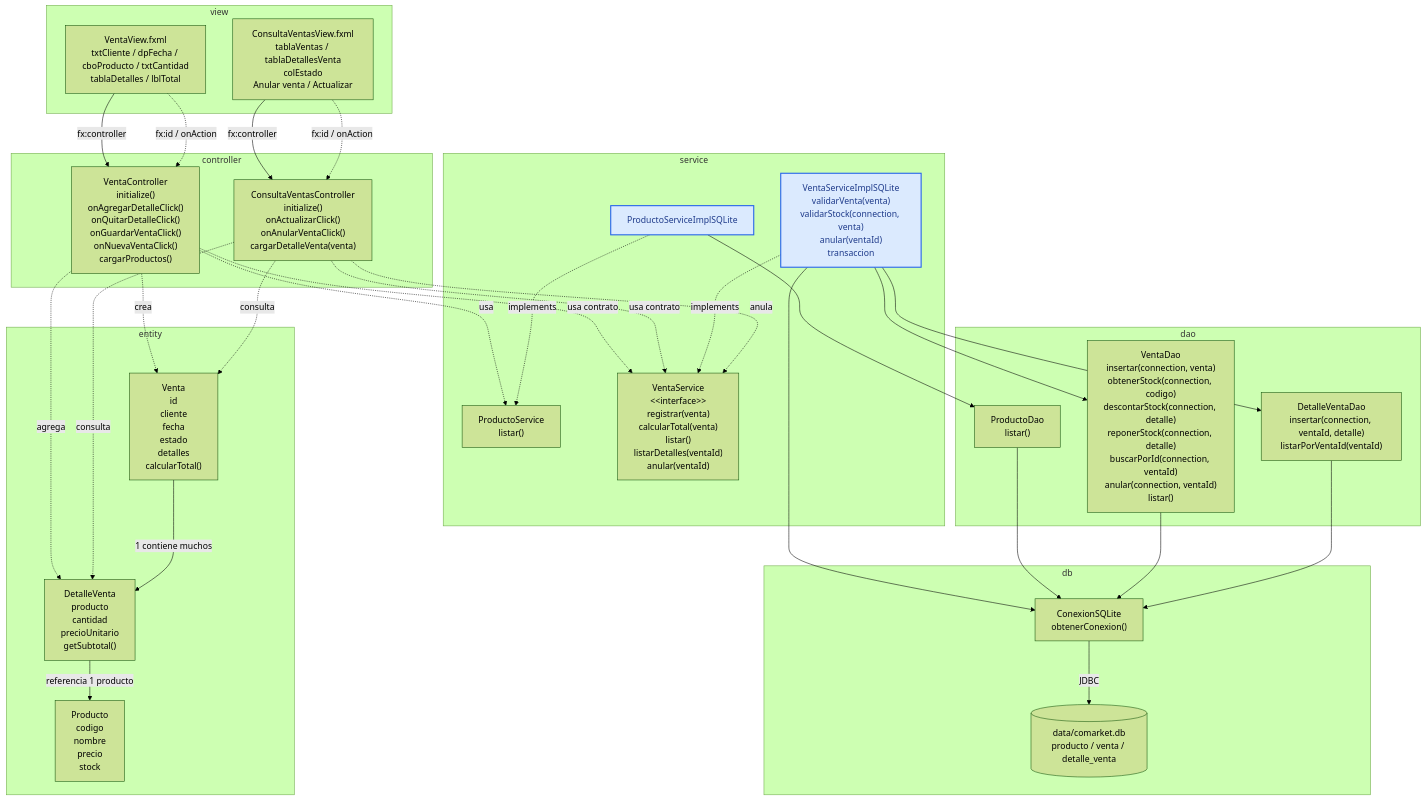
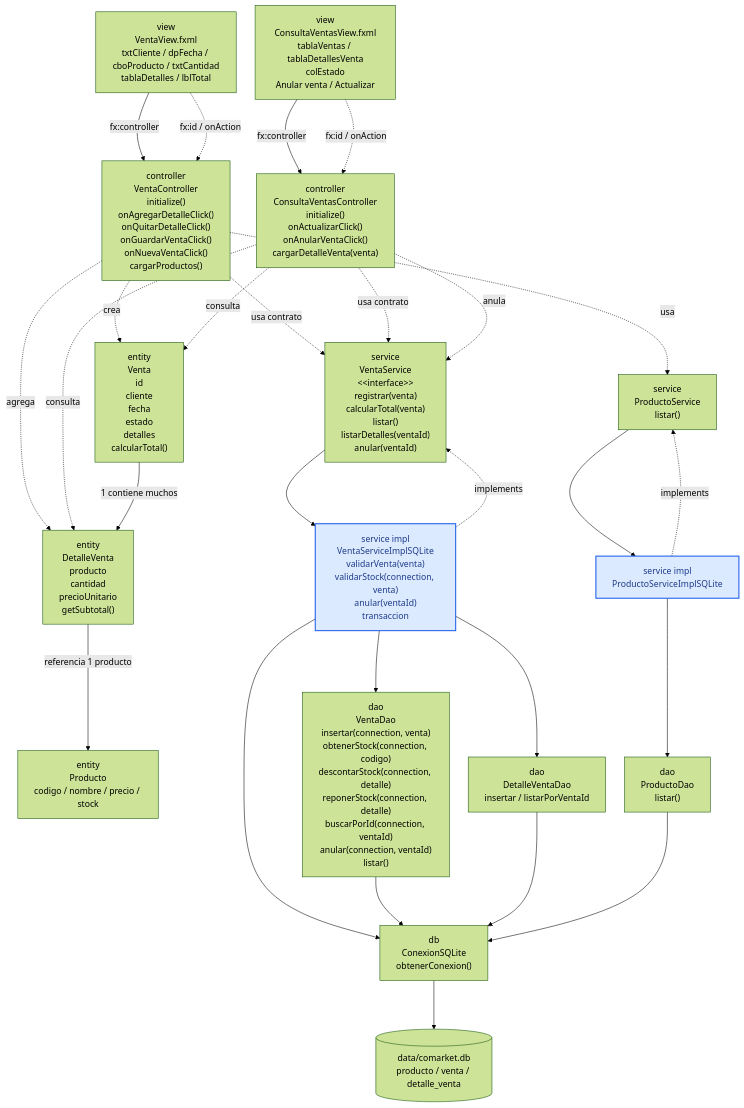
One commit to 262poo/comarket changed the diagram in docs/S09_Operaciones_Persistentes_Muchos_Muchos.md. Above: the diagram before and after it, drawn with Mermaid (forest theme).

````diff
--- a/docs/S09_Operaciones_Persistentes_Muchos_Muchos.md
+++ b/docs/S09_Operaciones_Persistentes_Muchos_Muchos.md
@@ -65,64 +65,50 @@
 ```mermaid
-flowchart TB
-    subgraph View["view"]
-        VentaView["VentaView.fxml<br/>txtCliente / dpFecha / cboProducto / txtCantidad<br/>tablaDetalles / lblTotal"]
-        ConsultaVentasView["ConsultaVentasView.fxml<br/>tablaVentas / tablaDetallesVenta<br/>colEstado<br/>Anular venta / Actualizar"]
-    end
+%%{init: {'flowchart': {'rankSpacing': 90, 'nodeSpacing': 35, 'curve': 'basis'}} }%%
+flowchart TD
+    VentaView["view<br/>VentaView.fxml<br/>txtCliente / dpFecha / cboProducto / txtCantidad<br/>tablaDetalles / lblTotal"]
+    ConsultaVentasView["view<br/>ConsultaVentasView.fxml<br/>tablaVentas / tablaDetallesVenta<br/>colEstado<br/>Anular venta / Actualizar"]
+    VentaController["controller<br/>VentaController<br/>initialize()<br/>onAgregarDetalleClick()<br/>onQuitarDetalleClick()<br/>onGuardarVentaClick()<br/>onNuevaVentaClick()<br/>cargarProductos()"]
+    ConsultaVentasController["controller<br/>ConsultaVentasController<br/>initialize()<br/>onActualizarClick()<br/>onAnularVentaClick()<br/>cargarDetalleVenta(venta)"]
+    ProductoService["service<br/>ProductoService<br/>listar()"]
+    ProductoServiceImplSQLite["service impl<br/>ProductoServiceImplSQLite"]
+    VentaService["service<br/>VentaService<br/>&lt;&lt;interface&gt;&gt;<br/>registrar(venta)<br/>calcularTotal(venta)<br/>listar()<br/>listarDetalles(ventaId)<br/>anular(ventaId)"]
+    VentaServiceImplSQLite["service impl<br/>VentaServiceImplSQLite<br/>validarVenta(venta)<br/>validarStock(connection, venta)<br/>anular(ventaId)<br/>transaccion"]
+    Venta["entity<br/>Venta<br/>id<br/>cliente<br/>fecha<br/>estado<br/>detalles<br/>calcularTotal()"]
+    DetalleVenta["entity<br/>DetalleVenta<br/>producto<br/>cantidad<br/>precioUnitario<br/>getSubtotal()"]
+    Producto["entity<br/>Producto<br/>codigo / nombre / precio / stock"]
+    ProductoDao["dao<br/>ProductoDao<br/>listar()"]
+    VentaDao["dao<br/>VentaDao<br/>insertar(connection, venta)<br/>obtenerStock(connection, codigo)<br/>descontarStock(connection, detalle)<br/>reponerStock(connection, detalle)<br/>buscarPorId(connection, ventaId)<br/>anular(connection, ventaId)<br/>listar()"]
+    DetalleVentaDao["dao<br/>DetalleVentaDao<br/>insertar / listarPorVentaId"]
+    ConexionSQLite["db<br/>ConexionSQLite<br/>obtenerConexion()"]
+    SQLite[("data/comarket.db<br/>producto / venta / detalle_venta")]
 
-    subgraph Controller["controller"]
-        VentaController["VentaController<br/>initialize()<br/>onAgregarDetalleClick()<br/>onQuitarDetalleClick()<br/>onGuardarVentaClick()<br/>onNuevaVentaClick()<br/>cargarProductos()"]
-        ConsultaVentasController["ConsultaVentasController<br/>initialize()<br/>onActualizarClick()<br/>onAnularVentaClick()<br/>cargarDetalleVenta(venta)"]
-    end
-
-    subgraph Service["service"]
-        ProductoService["ProductoService<br/>listar()"]
-        ProductoServiceImplSQLite["ProductoServiceImplSQLite"]
-        VentaService["VentaService<br/>&lt;&lt;interface&gt;&gt;<br/>registrar(venta)<br/>calcularTotal(venta)<br/>listar()<br/>listarDetalles(ventaId)<br/>anular(ventaId)"]
-        VentaServiceImplSQLite["VentaServiceImplSQLite<br/>validarVenta(venta)<br/>validarStock(connection, venta)<br/>anular(ventaId)<br/>transaccion"]
-    end
-
-    subgraph Entity["entity"]
-        Venta["Venta<br/>id<br/>cliente<br/>fecha<br/>estado<br/>detalles<br/>calcularTotal()"]
-        DetalleVenta["DetalleVenta<br/>producto<br/>cantidad<br/>precioUnitario<br/>getSubtotal()"]
-        Producto["Producto<br/>codigo<br/>nombre<br/>precio<br/>stock"]
-    end
-
-    subgraph Dao["dao"]
-        VentaDao["VentaDao<br/>insertar(connection, venta)<br/>obtenerStock(connection, codigo)<br/>descontarStock(connection, detalle)<br/>reponerStock(connection, detalle)<br/>buscarPorId(connection, ventaId)<br/>anular(connection, ventaId)<br/>listar()"]
-        DetalleVentaDao["DetalleVentaDao<br/>insertar(connection, ventaId, detalle)<br/>listarPorVentaId(ventaId)"]
-        ProductoDao["ProductoDao<br/>listar()"]
-    end
-
-    subgraph Db["db"]
-        ConexionSQLite["ConexionSQLite<br/>obtenerConexion()"]
-        SQLite[("data/comarket.db<br/>producto / venta / detalle_venta")]
-    end
-
-    VentaView -->|"fx:controller"| VentaController
-    VentaView -.->|"fx:id / onAction"| VentaController
-    ConsultaVentasView -->|"fx:controller"| ConsultaVentasController
-    ConsultaVentasView -.->|"fx:id / onAction"| ConsultaVentasController
-    VentaController -. usa .-> ProductoService
-    VentaController -. usa contrato .-> VentaService
-    ConsultaVentasController -. usa contrato .-> VentaService
-    ProductoServiceImplSQLite -. implements .-> ProductoService
-    VentaServiceImplSQLite -. implements .-> VentaService
+    VentaView -->|fx:controller| VentaController
+    VentaView -.->|fx:id / onAction| VentaController
+    ConsultaVentasView -->|fx:controller| ConsultaVentasController
+    ConsultaVentasView -.->|fx:id / onAction| ConsultaVentasController
+    VentaController -.->|usa| ProductoService
+    VentaController -.->|usa contrato| VentaService
+    ConsultaVentasController -.->|usa contrato| VentaService
+    ProductoServiceImplSQLite -.->|implements| ProductoService
+    VentaServiceImplSQLite -.->|implements| VentaService
+    ProductoService --> ProductoServiceImplSQLite
+    VentaService --> VentaServiceImplSQLite
     ProductoServiceImplSQLite --> ProductoDao
     VentaServiceImplSQLite --> VentaDao
     VentaServiceImplSQLite --> DetalleVentaDao
     VentaServiceImplSQLite --> ConexionSQLite
-    ProductoDao --> ConexionSQLite
     VentaDao --> ConexionSQLite
     DetalleVentaDao --> ConexionSQLite
-    ConexionSQLite -->|"JDBC"| SQLite
-    VentaController -. crea .-> Venta
-    VentaController -. agrega .-> DetalleVenta
-    ConsultaVentasController -. consulta .-> Venta
-    ConsultaVentasController -. consulta .-> DetalleVenta
-    ConsultaVentasController -. anula .-> VentaService
-    Venta -->|"1 contiene muchos"| DetalleVenta
-    DetalleVenta -->|"referencia 1 producto"| Producto
+    ProductoDao --> ConexionSQLite
+    ConexionSQLite --> SQLite
+    VentaController -.->|crea| Venta
+    VentaController -.->|agrega| DetalleVenta
+    ConsultaVentasController -.->|consulta| Venta
+    ConsultaVentasController -.->|consulta| DetalleVenta
+    ConsultaVentasController -.->|anula| VentaService
+    Venta -->|1 contiene muchos| DetalleVenta
+    DetalleVenta -->|referencia 1 producto| Producto
 
     classDef serviceImpl fill:#dbeafe,stroke:#2563eb,stroke-width:2px,color:#1e3a8a;
     class ProductoServiceImplSQLite,VentaServiceImplSQLite serviceImpl;
 ```
````
